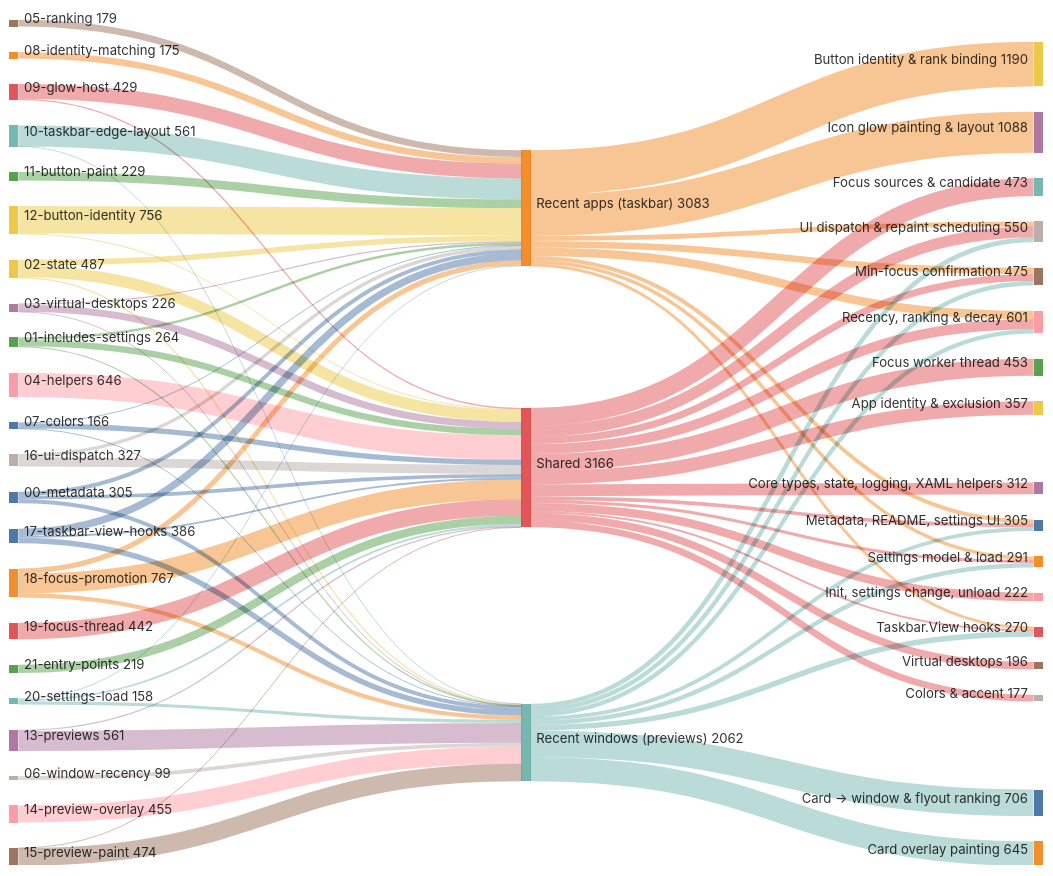
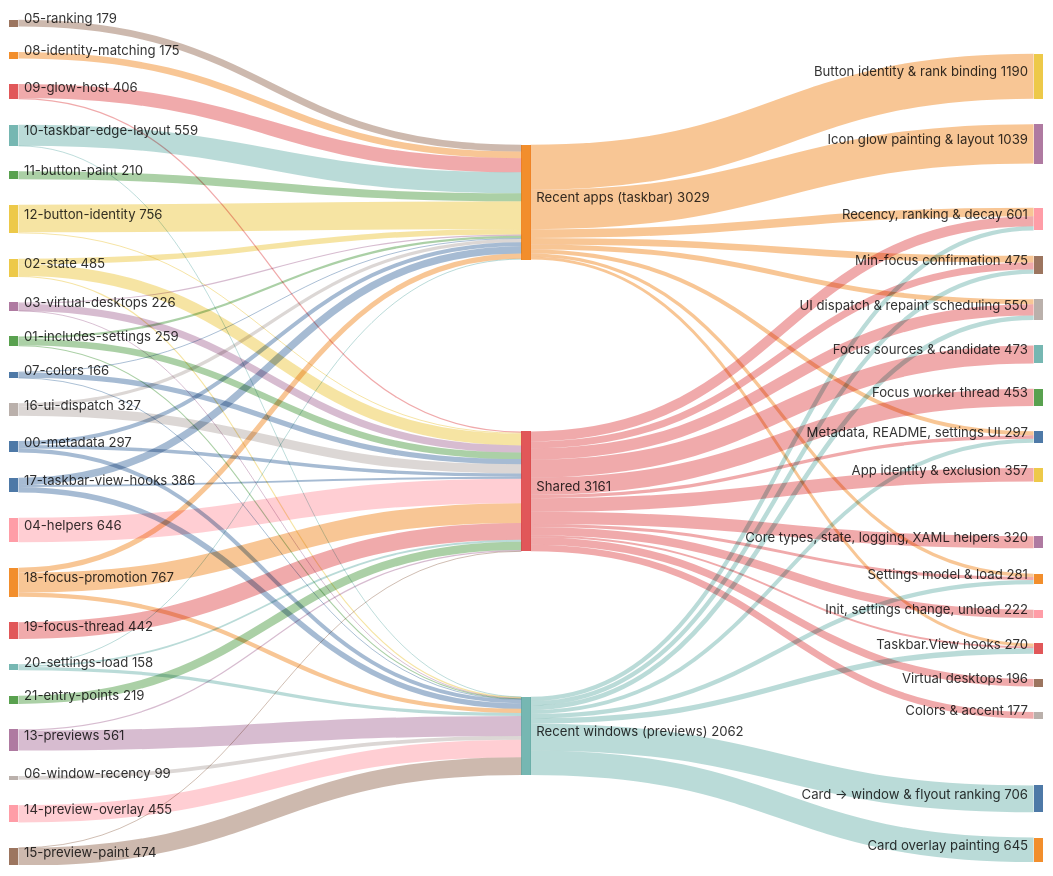
Before and after one commit to jvlasek/taskbar-recent-focus-highlight: the second of 5 diagrams in doc/code/code-breakdown.md, drawn with Mermaid. The commit also changed other lines of this file and 11 other files, not shown here.

```diff
--- a/doc/code/code-breakdown.md
+++ b/doc/code/code-breakdown.md
@@ -38,13 +38,13 @@
 ---
 sankey-beta
 00-metadata,"Recent apps (taskbar)",105
-00-metadata,"Shared",97
+00-metadata,"Shared",89
 00-metadata,"Recent windows (previews)",103
-01-includes-settings,"Recent apps (taskbar)",66
+01-includes-settings,"Recent apps (taskbar)",61
 01-includes-settings,"Shared",170
 01-includes-settings,"Recent windows (previews)",28
-02-state,"Recent apps (taskbar)",150
-02-state,"Shared",306
+02-state,"Recent apps (taskbar)",145
+02-state,"Shared",309
 02-state,"Recent windows (previews)",31
 03-virtual-desktops,"Recent apps (taskbar)",31
 03-virtual-desktops,"Shared",190
@@ -56,11 +56,11 @@
 07-colors,"Shared",139
 07-colors,"Recent windows (previews)",2
 08-identity-matching,"Recent apps (taskbar)",175
-09-glow-host,"Recent apps (taskbar)",396
+09-glow-host,"Recent apps (taskbar)",373
 09-glow-host,"Shared",33
-10-taskbar-edge-layout,"Recent apps (taskbar)",557
+10-taskbar-edge-layout,"Recent apps (taskbar)",555
 10-taskbar-edge-layout,"Recent windows (previews)",4
-11-button-paint,"Recent apps (taskbar)",229
+11-button-paint,"Recent apps (taskbar)",210
 12-button-identity,"Recent apps (taskbar)",730
 12-button-identity,"Shared",26
 13-previews,"Shared",33
@@ -82,25 +82,25 @@
 20-settings-load,"Recent windows (previews)",84
 21-entry-points,"Shared",219
 "Recent apps (taskbar)","Button identity & rank binding",1190
-"Recent apps (taskbar)","Icon glow painting & layout",1088
+"Recent apps (taskbar)","Icon glow painting & layout",1039
 "Recent apps (taskbar)","Recency, ranking & decay",227
 "Recent apps (taskbar)","Min-focus confirmation",175
 "Recent apps (taskbar)","UI dispatch & repaint scheduling",129
 "Recent apps (taskbar)","Metadata, README, settings UI",105
-"Recent apps (taskbar)","Settings model & load",92
+"Recent apps (taskbar)","Settings model & load",87
 "Recent apps (taskbar)","Taskbar.View hooks",77
 "Shared","Focus sources & candidate",473
 "Shared","Focus worker thread",453
 "Shared","App identity & exclusion",357
-"Shared","Core types, state, logging, XAML helpers",312
+"Shared","Core types, state, logging, XAML helpers",320
 "Shared","UI dispatch & repaint scheduling",300
 "Shared","Recency, ranking & decay",261
 "Shared","Init, settings change, unload",222
 "Shared","Virtual desktops",196
 "Shared","Min-focus confirmation",185
 "Shared","Colors & accent",177
-"Shared","Metadata, README, settings UI",97
-"Shared","Settings model & load",83
+"Shared","Metadata, README, settings UI",89
+"Shared","Settings model & load",78
 "Shared","Taskbar.View hooks",50
 "Recent windows (previews)","Card -> window & flyout ranking",706
 "Recent windows (previews)","Card overlay painting",645
```
